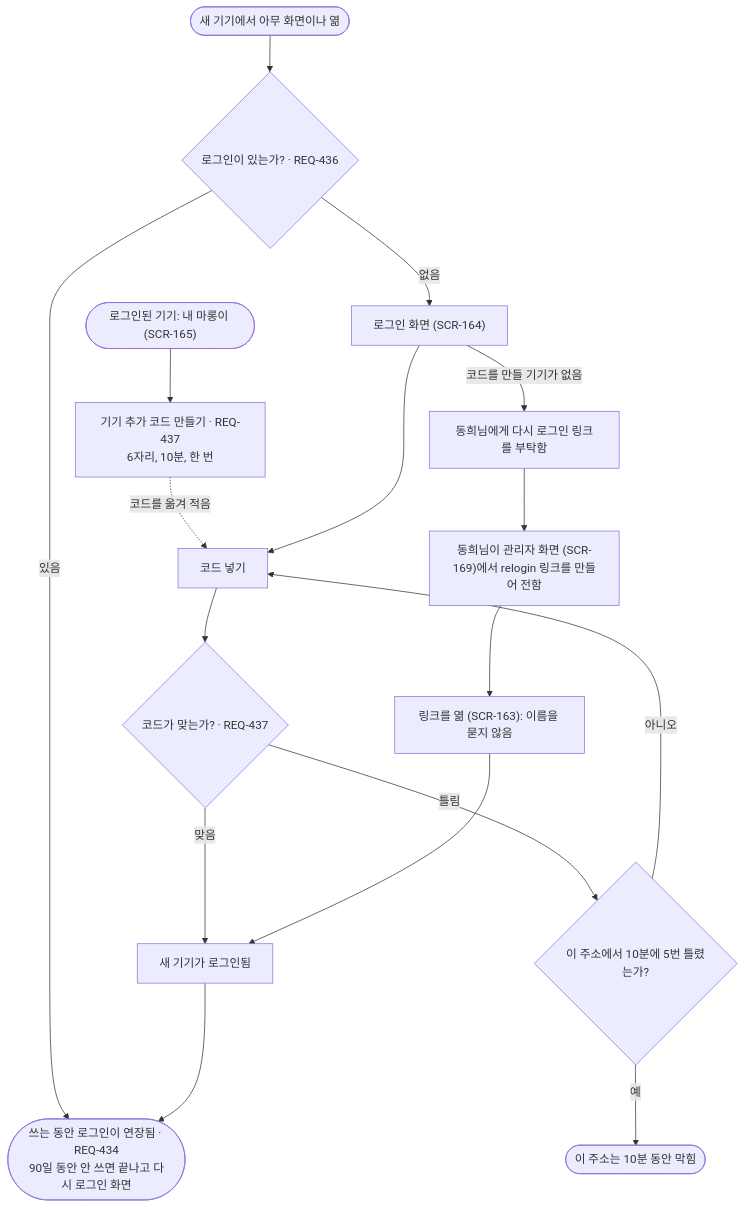
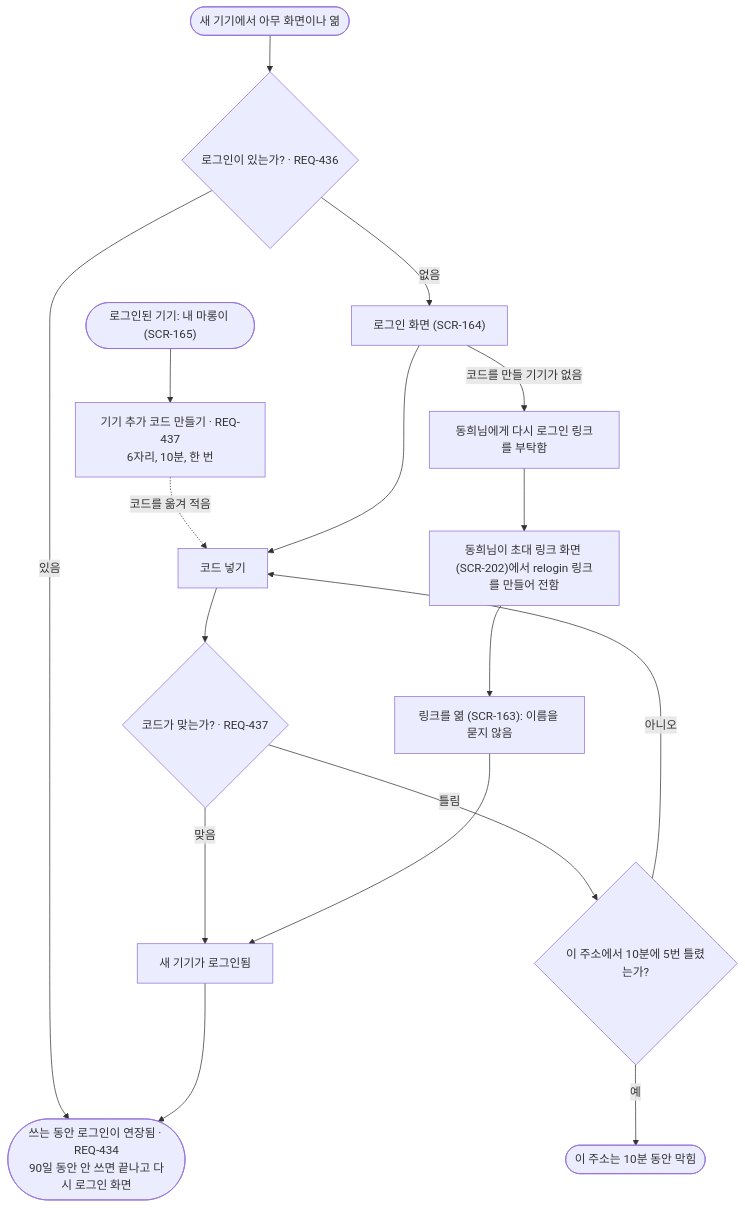
One commit to kodonghui/marong2 changed the diagram in docs/03-user-flow/FL-171-add-device.md. Above: the diagram before and after it, drawn with Mermaid. The commit also changed other lines of this file and 29 other files, not shown here.

````diff
--- a/docs/03-user-flow/FL-171-add-device.md
+++ b/docs/03-user-flow/FL-171-add-device.md
@@ -7,19 +7,19 @@
 ```mermaid
 flowchart TD
   A(["로그인된 기기: 내 마롱이 (SCR-165)"]) --> B["기기 추가 코드 만들기 · REQ-437<br/>6자리, 10분, 한 번"]
   N(["새 기기에서 아무 화면이나 엶"]) --> O{"로그인이 있는가? · REQ-436"}
   O -->|"있음"| Z
   O -->|"없음"| P["로그인 화면 (SCR-164)"]
   B -.->|"코드를 옮겨 적음"| Q
   P --> Q["코드 넣기"]
   Q --> R{"코드가 맞는가? · REQ-437"}
   R -->|"맞음"| S["새 기기가 로그인됨"]
   R -->|"틀림"| T{"이 주소에서 10분에 5번 틀렸는가?"}
   T -->|"아니오"| Q
   T -->|"예"| U(["이 주소는 10분 동안 막힘"])
   P -->|"코드를 만들 기기가 없음"| V["동희님에게 다시 로그인 링크를 부탁함"]
-  V --> W["동희님이 관리자 화면 (SCR-169)에서 relogin 링크를 만들어 전함"]
+  V --> W["동희님이 초대 링크 화면 (SCR-202)에서 relogin 링크를 만들어 전함"]
   W --> X["링크를 엶 (SCR-163): 이름을 묻지 않음"]
   X --> S
   S --> Z(["쓰는 동안 로그인이 연장됨 · REQ-434<br/>90일 동안 안 쓰면 끝나고 다시 로그인 화면"])
 ```
````
